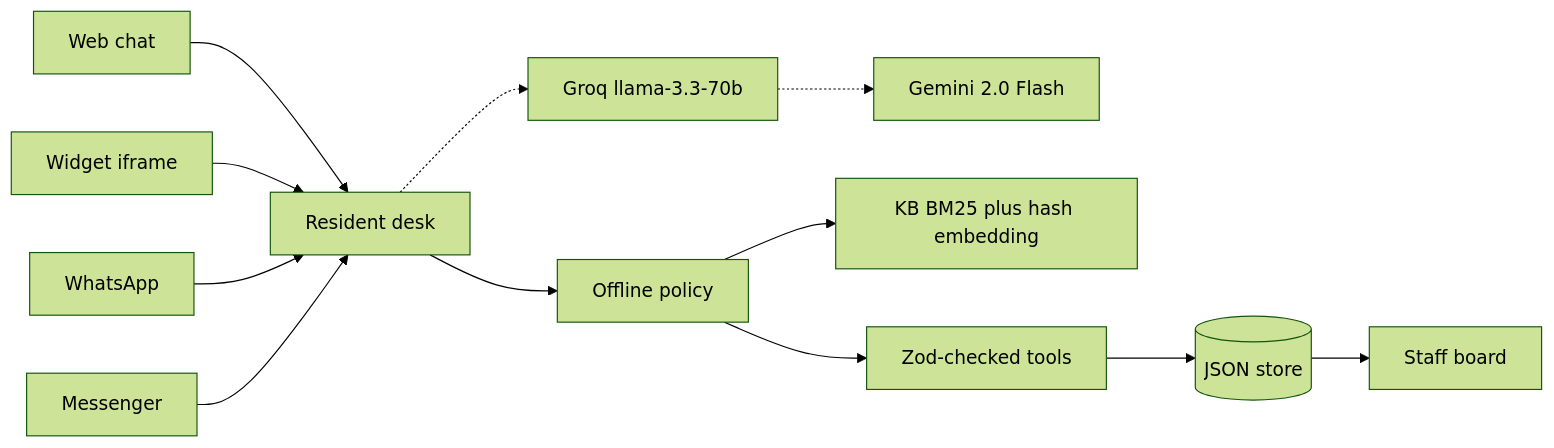
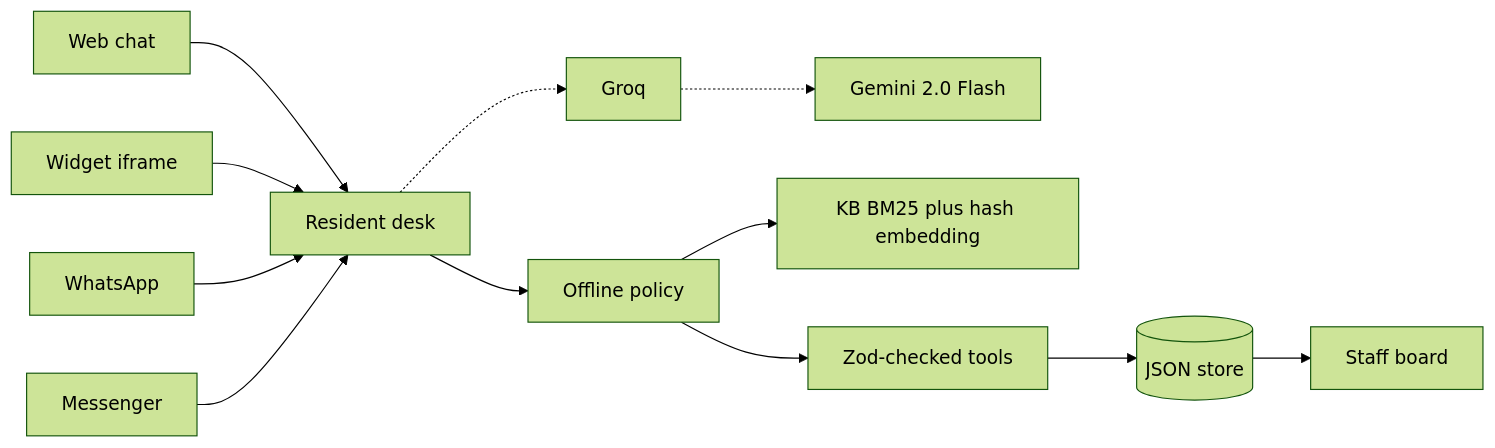
Before and after one commit to mustafaautomation/property-tenant-chatbot: the diagram in README.md, drawn with Mermaid (forest theme). The commit also changed other lines of this file and 8 other files, not shown here.

````diff
--- a/README.md
+++ b/README.md
@@ -25,27 +25,27 @@
 ```mermaid
 flowchart LR
   web[Web chat]
   widget[Widget iframe]
   wa[WhatsApp]
   msg[Messenger]
   desk[Resident desk]
   rules[Offline policy]
-  groq[Groq llama-3.3-70b]
+  groq[Groq]
   gemini[Gemini 2.0 Flash]
   kb[KB BM25 plus hash embedding]
   tools[Zod-checked tools]
   store[(JSON store)]
   staff[Staff board]
 
   web --> desk
   widget --> desk
   wa --> desk
   msg --> desk
   desk --> rules
   desk -.-> groq
   groq -.-> gemini
   rules --> kb
   rules --> tools
   tools --> store
   store --> staff
 ```
````
